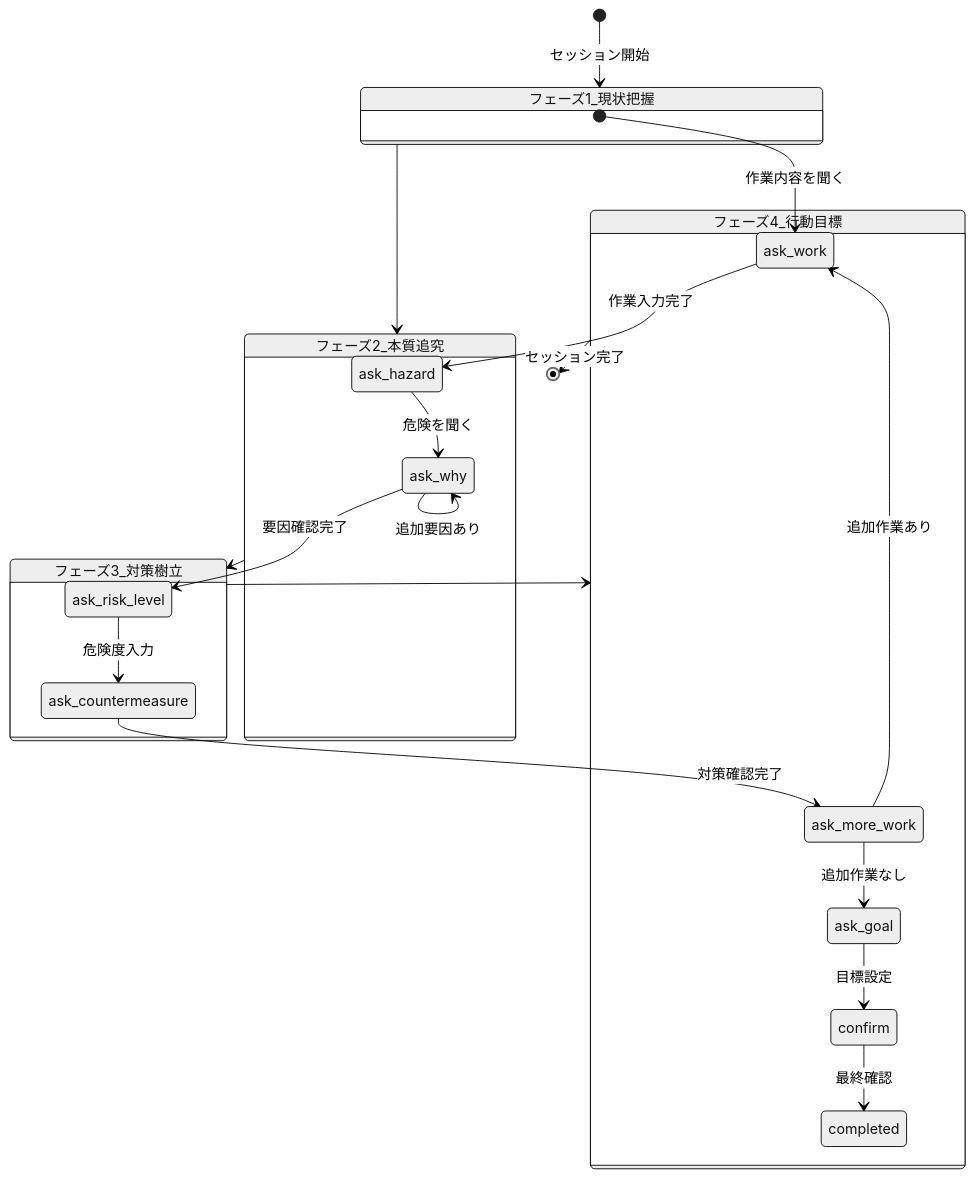
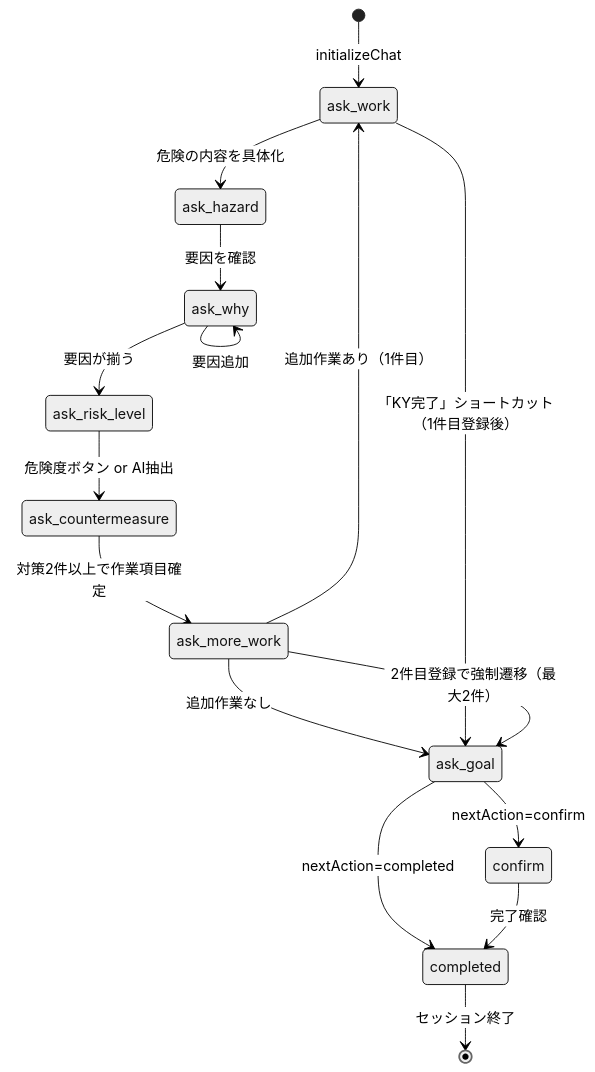
One commit to Ibar-Aki/solar-aldrin changed the tenth of 16 diagrams in apps/v2-modern/docs/00_overview/00_Master_Technical_Reference.md. Above: the diagram before and after it, drawn with Mermaid (neutral theme). The commit also changed other lines of this file and 13 other files, not shown here.

````diff
--- a/apps/v2-modern/docs/00_overview/00_Master_Technical_Reference.md
+++ b/apps/v2-modern/docs/00_overview/00_Master_Technical_Reference.md
@@ -975,32 +985,22 @@
 ```mermaid
 stateDiagram-v2
-    [*] --> フェーズ1_現状把握: セッション開始
-    
-    state フェーズ1_現状把握 {
-        [*] --> ask_work: 作業内容を聞く
-        ask_work --> ask_hazard: 作業入力完了
-    }
-    
-    state フェーズ2_本質追究 {
-        ask_hazard --> ask_why: 危険を聞く
-        ask_why --> ask_risk_level: 要因確認完了
-        ask_why --> ask_why: 追加要因あり
-    }
-    
-    state フェーズ3_対策樹立 {
-        ask_risk_level --> ask_countermeasure: 危険度入力
-        ask_countermeasure --> ask_more_work: 対策確認完了
-    }
-    
-    state フェーズ4_行動目標 {
-        ask_more_work --> ask_work: 追加作業あり
-        ask_more_work --> ask_goal: 追加作業なし
-        ask_goal --> confirm: 目標設定
-        confirm --> completed: 最終確認
-    }
-    
-    フェーズ1_現状把握 --> フェーズ2_本質追究
-    フェーズ2_本質追究 --> フェーズ3_対策樹立
-    フェーズ3_対策樹立 --> フェーズ4_行動目標
-    フェーズ4_行動目標 --> [*]: セッション完了
+    [*] --> ask_work: initializeChat
+    ask_work --> ask_hazard: 危険の内容を具体化
+    ask_hazard --> ask_why: 要因を確認
+    ask_why --> ask_why: 要因追加
+    ask_why --> ask_risk_level: 要因が揃う
+
+    ask_risk_level --> ask_countermeasure: 危険度ボタン or AI抽出
+    ask_countermeasure --> ask_more_work: 対策2件以上で作業項目確定
+
+    ask_more_work --> ask_work: 追加作業あり（1件目）
+    ask_more_work --> ask_goal: 追加作業なし
+
+    ask_work --> ask_goal: 「KY完了」ショートカット（1件目登録後）
+    ask_more_work --> ask_goal: 2件目登録で強制遷移（最大2件）
+
+    ask_goal --> confirm: nextAction=confirm
+    ask_goal --> completed: nextAction=completed
+    confirm --> completed: 完了確認
+    completed --> [*]: セッション終了
 ```
````
